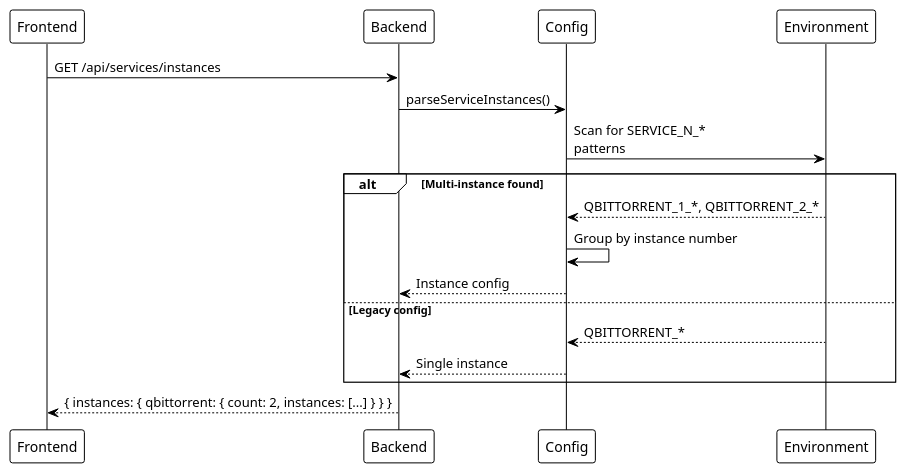
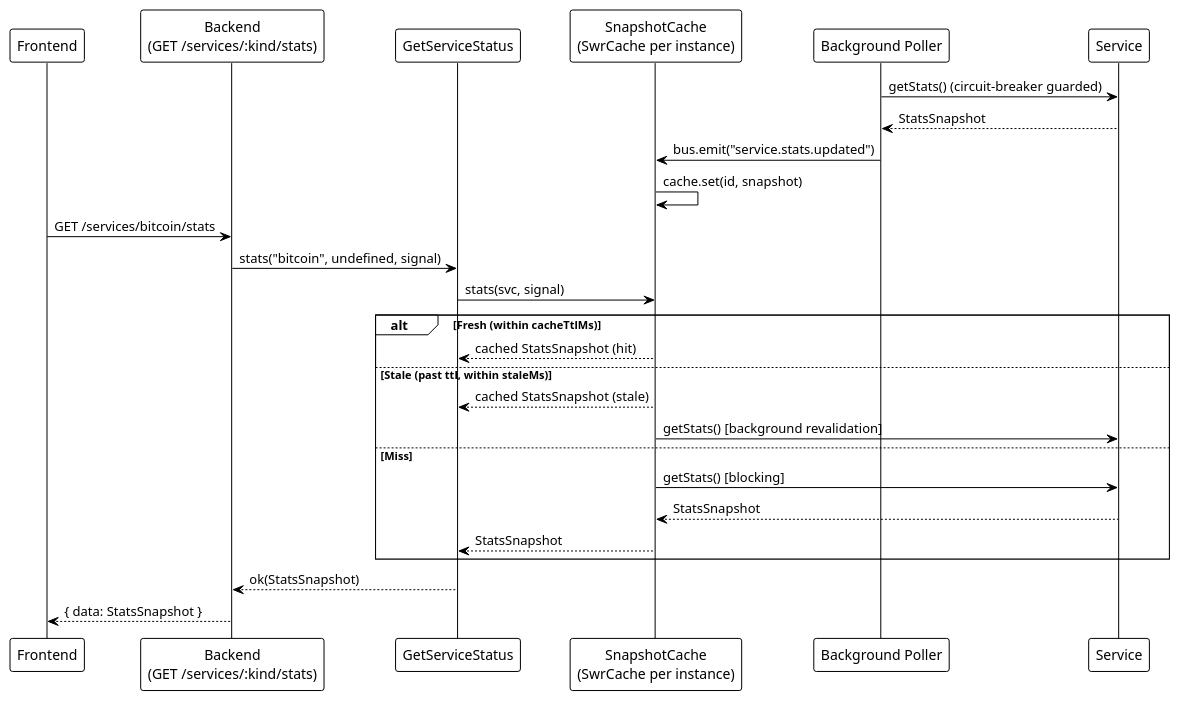
The second of 2 diagrams in docs/api/services-health.md (EraPartner/Watchman), drawn with PlantUML before and after one commit. The commit also changed other lines of this file and 26 other files, not shown here.

````diff
--- a/docs/api/services-health.md
+++ b/docs/api/services-health.md
@@ -291,27 +387,35 @@
 ```plantuml
 @startuml
 !theme plain
 
 participant "Frontend" as FE
-participant "Backend" as BE
-participant "Config" as Cfg
-participant "Environment" as Env
+participant "Backend\n(GET /services/:kind/stats)" as BE
+participant "GetServiceStatus" as GSS
+participant "SnapshotCache\n(SwrCache per instance)" as SC
+participant "Background Poller" as Poll
+participant "Service" as Svc
 
-FE -> BE : GET /api/services/instances
+Poll -> Svc : getStats() (circuit-breaker guarded)
+Svc --> Poll : StatsSnapshot
+Poll -> SC : bus.emit("service.stats.updated")
+SC -> SC : cache.set(id, snapshot)
 
-BE -> Cfg : parseServiceInstances()
+FE -> BE : GET /services/bitcoin/stats
+BE -> GSS : stats("bitcoin", undefined, signal)
+GSS -> SC : stats(svc, signal)
 
-Cfg -> Env : Scan for SERVICE_N_*\npatterns
-
-alt Multi-instance found
-    Env --> Cfg : QBITTORRENT_1_*, QBITTORRENT_2_*
-    Cfg -> Cfg : Group by instance number
-    Cfg --> BE : Instance config
-else Legacy config
-    Env --> Cfg : QBITTORRENT_*
-    Cfg --> BE : Single instance
+alt Fresh (within cacheTtlMs)
+    SC --> GSS : cached StatsSnapshot (hit)
+else Stale (past ttl, within staleMs)
+    SC --> GSS : cached StatsSnapshot (stale)
+    SC -> Svc : getStats() [background revalidation]
+else Miss
+    SC -> Svc : getStats() [blocking]
+    Svc --> SC : StatsSnapshot
+    SC --> GSS : StatsSnapshot
 end
 
-BE --> FE : { instances: { qbittorrent: { count: 2, instances: [...] } } }
+GSS --> BE : ok(StatsSnapshot)
+BE --> FE : { data: StatsSnapshot }
 @enduml
 ```
````
